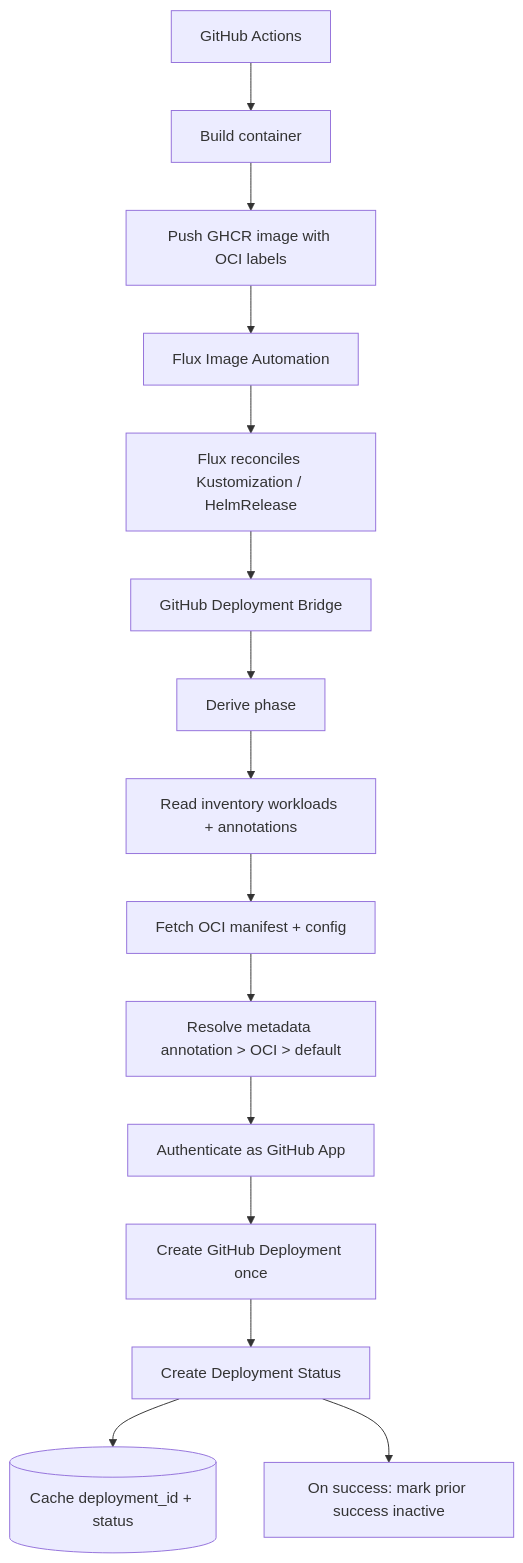
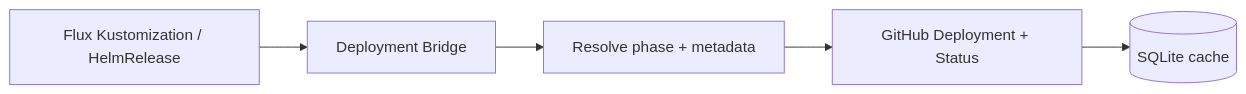
One commit to roberteggl/github-deployment-bridge changed the first of 4 diagrams in docs/architecture.md. Above: the diagram before and after it, drawn with Mermaid. The commit also changed other lines of this file and 16 other files, not shown here.

First line of the commit message:
docs: polish site chrome, metadata, and Artifact Hub links.

````diff
--- a/docs/architecture.md
+++ b/docs/architecture.md
@@ -9,17 +9,7 @@
 ```mermaid
-flowchart TD
-  GHA[GitHub Actions] --> Build[Build container]
-  Build --> Push[Push GHCR image with OCI labels]
-  Push --> FIA[Flux Image Automation]
-  FIA --> Flux[Flux reconciles Kustomization / HelmRelease]
-  Flux --> Bridge[GitHub Deployment Bridge]
-  Bridge --> Phase[Derive phase]
-  Phase --> Inv[Read inventory workloads + annotations]
-  Inv --> OCI[Fetch OCI manifest + config]
-  OCI --> Meta[Resolve metadata annotation > OCI > default]
-  Meta --> Auth[Authenticate as GitHub App]
-  Auth --> Dep[Create GitHub Deployment once]
-  Dep --> Status[Create Deployment Status]
-  Status --> Cache[(Cache deployment_id + status)]
-  Status --> Inactive[On success: mark prior success inactive]
+flowchart LR
+  Flux[Flux Kustomization / HelmRelease] --> Bridge[Deployment Bridge]
+  Bridge --> Meta[Resolve phase + metadata]
+  Meta --> GH[GitHub Deployment + Status]
+  GH --> Cache[(SQLite cache)]
 ```
````
